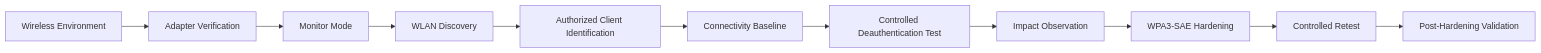
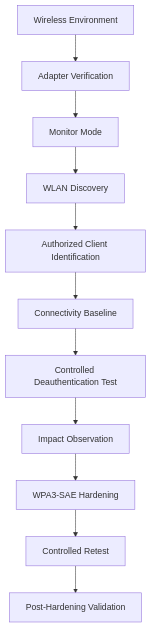
Before and after one commit to builtbyShay21/wlan-deauthentication-security-assessment: the diagram in README.md, drawn with Mermaid.

Commit message:
Improve assessment workflow readability

````diff
--- a/README.md
+++ b/README.md
@@ -19,13 +19,13 @@
 ```mermaid
-graph LR
+flowchart TD
     A["Wireless Environment"] --> B["Adapter Verification"]
     B --> C["Monitor Mode"]
     C --> D["WLAN Discovery"]
     D --> E["Authorized Client Identification"]
     E --> F["Connectivity Baseline"]
     F --> G["Controlled Deauthentication Test"]
     G --> H["Impact Observation"]
     H --> I["WPA3-SAE Hardening"]
     I --> J["Controlled Retest"]
     J --> K["Post-Hardening Validation"]
 ```
````
